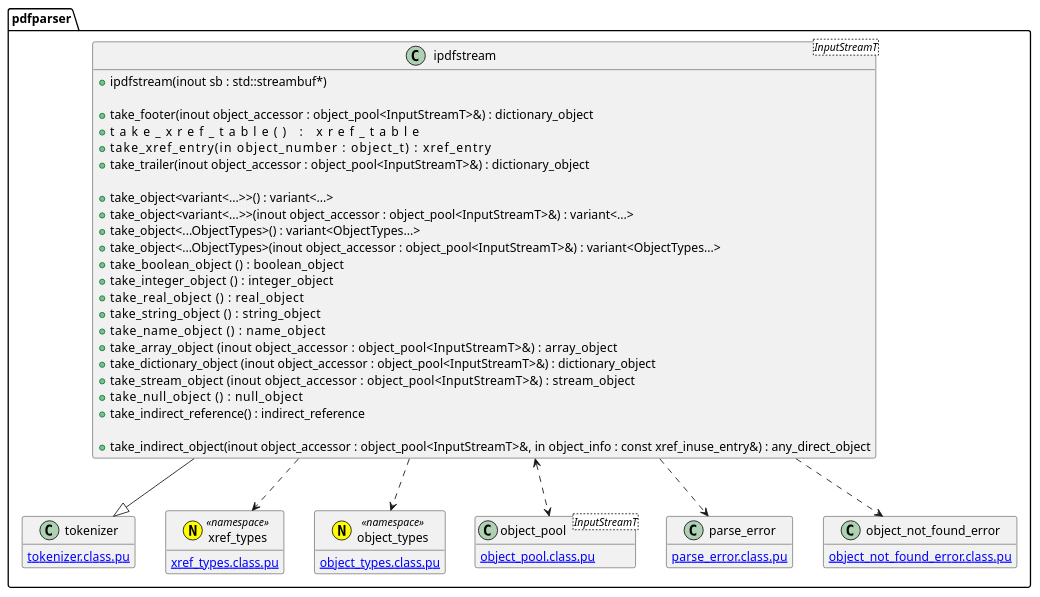
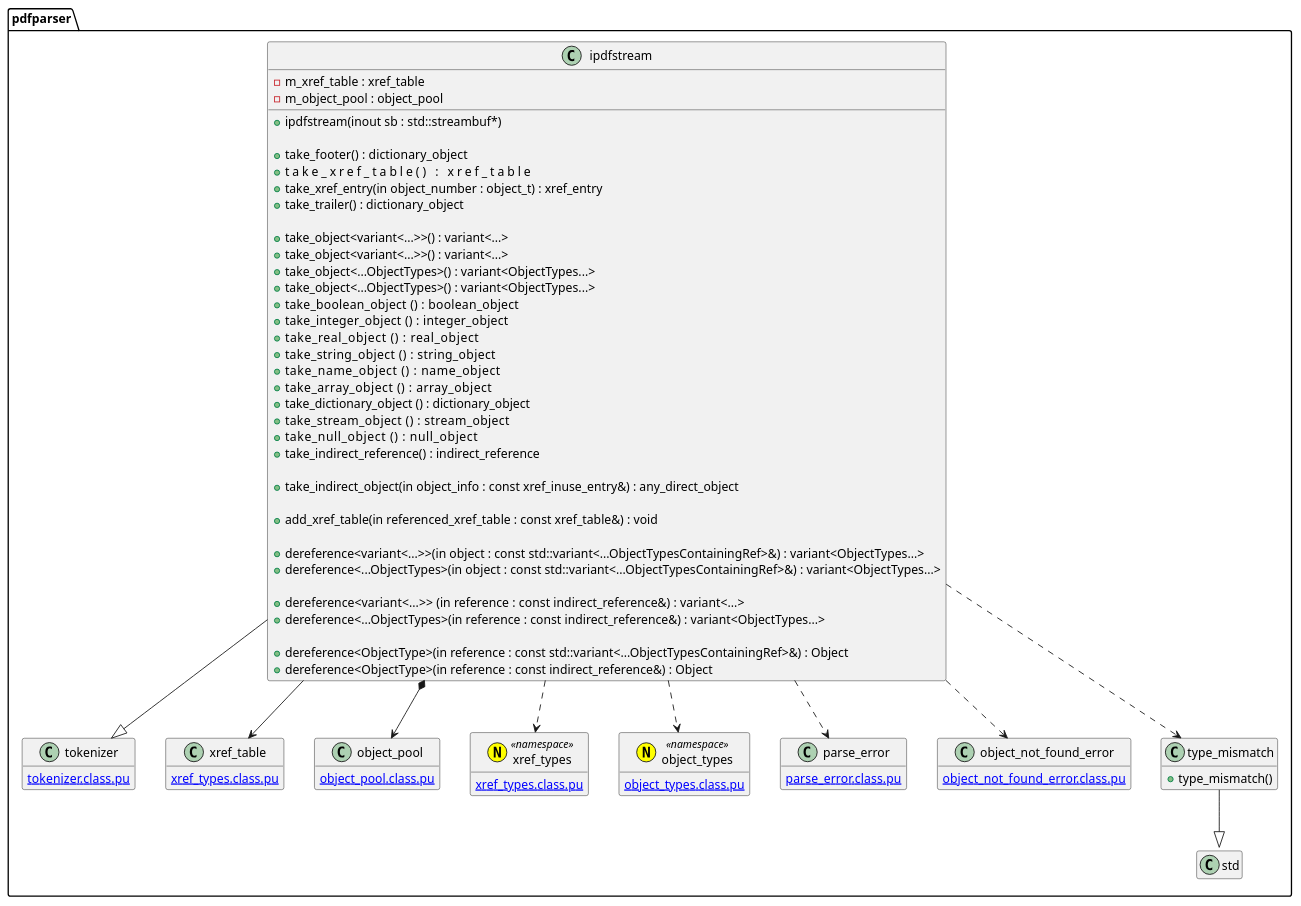
The diagram in document/document_reader/ipdfstream/ipdfstream.class.pu (KodaiYM/PDFReader), drawn with PlantUML before and after one commit. The commit also changed 3 other files, not shown here.

Commit message:
object_pool 関連の最小限の修正

```diff
--- a/document/document_reader/ipdfstream/ipdfstream.class.pu
+++ b/document/document_reader/ipdfstream/ipdfstream.class.pu
@@ -1,55 +1,81 @@
 @startuml ipdfstream
 hide empty members
 namespace pdfparser {
-class ipdfstream<InputStreamT> {
+class ipdfstream {
+	-m_xref_table : xref_table
+	-m_object_pool : object_pool
 	+ipdfstream(inout sb : std::streambuf*)
 
-	+take_footer(inout object_accessor : object_pool<InputStreamT>&)  : dictionary_object
-	+take_xref_table()                                                : xref_table
-	+take_xref_entry(in object_number : object_t)                     : xref_entry
-	+take_trailer(inout object_accessor : object_pool<InputStreamT>&) : dictionary_object
+	+take_footer()  : dictionary_object
+	+take_xref_table()                            : xref_table
+	+take_xref_entry(in object_number : object_t) : xref_entry
+	+take_trailer() : dictionary_object
 
 	+take_object<variant<...>>() : variant<...>
-	+take_object<variant<...>>(inout object_accessor : object_pool<InputStreamT>&) : variant<...>
+	+take_object<variant<...>>() : variant<...>
 	+take_object<...ObjectTypes>() : variant<ObjectTypes...>
-	+take_object<...ObjectTypes>(inout object_accessor : object_pool<InputStreamT>&) : variant<ObjectTypes...>
+	+take_object<...ObjectTypes>() : variant<ObjectTypes...>
 	+take_boolean_object    () : boolean_object
 	+take_integer_object    () : integer_object
 	+take_real_object       () : real_object
 	+take_string_object     () : string_object
 	+take_name_object       () : name_object
-	+take_array_object      (inout object_accessor : object_pool<InputStreamT>&) : array_object
-	+take_dictionary_object (inout object_accessor : object_pool<InputStreamT>&) : dictionary_object
-	+take_stream_object     (inout object_accessor : object_pool<InputStreamT>&) : stream_object
+	+take_array_object      () : array_object
+	+take_dictionary_object () : dictionary_object
+	+take_stream_object     () : stream_object
 	+take_null_object       () : null_object
 	+take_indirect_reference() : indirect_reference
 
-	+take_indirect_object(inout object_accessor : object_pool<InputStreamT>&, in object_info : const xref_inuse_entry&) : any_direct_object
+	+take_indirect_object(in object_info : const xref_inuse_entry&) : any_direct_object
+
+	+add_xref_table(in referenced_xref_table : const xref_table&) : void
+
+	' from object_pool
+	' NOTE: variant 版は必要になったら実装
+	+dereference<variant<...>>(in object : const std::variant<...ObjectTypesContainingRef>&) : variant<ObjectTypes...>
+	+dereference<...ObjectTypes>(in object : const std::variant<...ObjectTypesContainingRef>&) : variant<ObjectTypes...>
+
+	' NOTE: variant 版は必要になったら実装
+	+dereference<variant<...>>  (in reference : const indirect_reference&) : variant<...>
+	+dereference<...ObjectTypes>(in reference : const indirect_reference&) : variant<ObjectTypes...>
+
+	+dereference<ObjectType>(in reference : const std::variant<...ObjectTypesContainingRef>&) : Object
+	+dereference<ObjectType>(in reference : const indirect_reference&) : Object
 }
 ipdfstream --|> tokenizer
+ipdfstream --> xref_table
+ipdfstream *--> object_pool
 ipdfstream ..> xref_types
 ipdfstream ..> object_types
-ipdfstream <..> object_pool
 ipdfstream ..> parse_error
 ipdfstream ..> object_not_found_error
+ipdfstream ..> type_mismatch
+
 
 class tokenizer {
 	[[tokenizer.class.pu]]
+}
+class xref_table {
+	[[xref_types.class.pu]]
+}
+class object_pool {
+	[[object_pool.class.pu]]
 }
 annotation xref_types <<(N, yellow) namespace>> {
 	[[xref_types.class.pu]]
 }
 annotation object_types <<(N, yellow) namespace>> {
 	[[object_types.class.pu]]
 }
-class object_pool<InputStreamT> {
-	[[object_pool.class.pu]]
-}
 class parse_error {
 	[[parse_error.class.pu]]
 }
 class object_not_found_error {
 	[[object_not_found_error.class.pu]]
 }
+class type_mismatch {
+	+type_mismatch()
+}
+type_mismatch --|> std::runtime_error
 }
 @enduml
```
